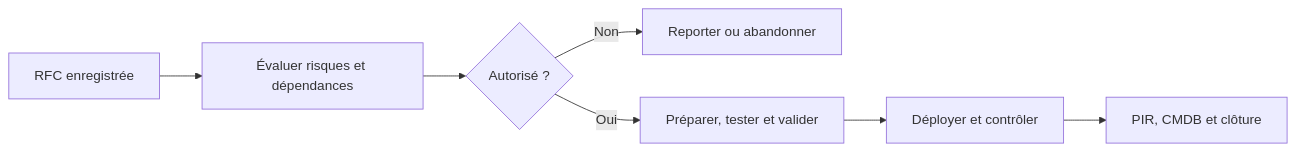
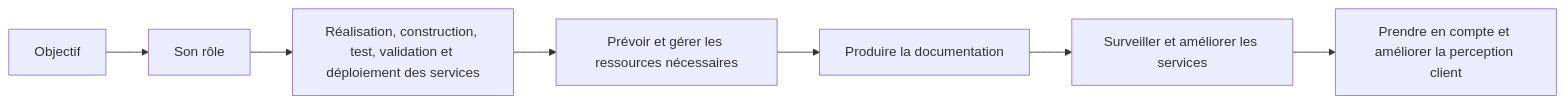
The third of 5 diagrams in docs/modules/06-sensibilisation-itil-gestion-parc/module-04-transition-des-services.md (sk34pk25/tssr-cours), drawn with Mermaid before and after one commit. The commit also changed other lines of this file and 8 other files, not shown here.

````diff
--- a/docs/modules/06-sensibilisation-itil-gestion-parc/module-04-transition-des-services.md
+++ b/docs/modules/06-sensibilisation-itil-gestion-parc/module-04-transition-des-services.md
@@ -35,9 +76,16 @@
 ```mermaid
 flowchart LR
-    R["RFC enregistrée"] --> E["Évaluer risques et dépendances"]
-    E --> D{"Autorisé ?"}
-    D -->|"Non"| X["Reporter ou abandonner"]
-    D -->|"Oui"| T["Préparer, tester et valider"]
-    T --> M["Déployer et contrôler"]
-    M --> P["PIR, CMDB et clôture"]
+    N1["Objectif"]
+    N2["Son rôle"]
+    N3["Réalisation, construction, test, validation et déploiement des services"]
+    N4["Prévoir et gérer les ressources nécessaires"]
+    N5["Produire la documentation"]
+    N6["Surveiller et améliorer les services"]
+    N7["Prendre en compte et améliorer la perception client"]
+    N1 --> N2
+    N2 --> N3
+    N3 --> N4
+    N4 --> N5
+    N5 --> N6
+    N6 --> N7
 ```
````
